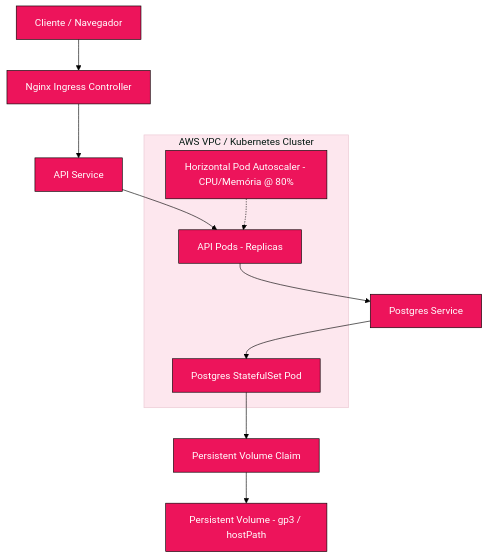
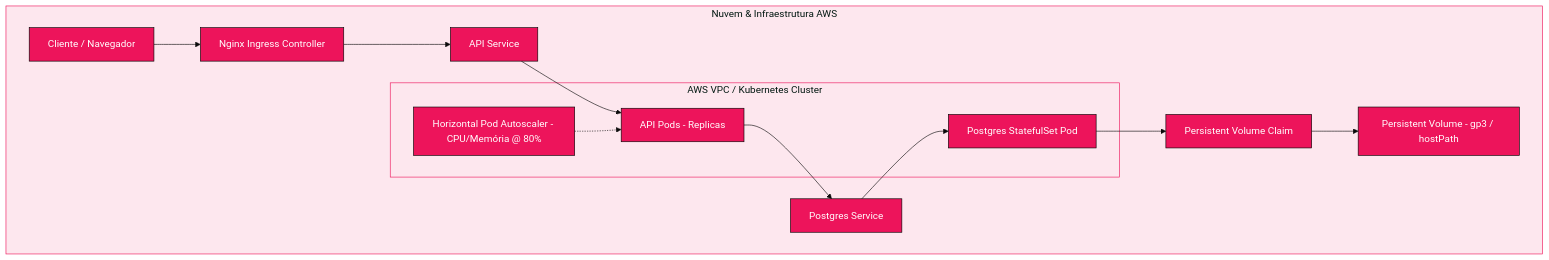
One commit to Grupo78-PosTech-15SOAT/AutoReparos changed the second of 3 diagrams in README.md. Above: the diagram before and after it, drawn with Mermaid. The commit also changed other lines of this file, not shown here.

Commit message:
📝 Corrigidos mermaids do README

````diff
--- a/README.md
+++ b/README.md
@@ -170,31 +179,32 @@
 ```mermaid
 %%{init: {
   'theme': 'base',
   'themeCSS': 'svg { background-color: #ffffff !important; } .subgraph rect { fill: #FDE7EE !important; }',
   'themeVariables': {
-    'background': '#ffffff',
     'primaryColor': '#ED145B',
     'primaryTextColor': '#ffffff',
     'primaryBorderColor': '#000000',
-    'lineColor': '#000000',
-    'secondaryColor': '#1A1A1A',
     'tertiaryColor': '#FDE7EE',
-    'edgeLabelBackground': '#ffffff'
+    'tertiaryBorderColor': '#ED145B',
+    'edgeLabelBackground': '#000000'
   }
 }}%%
-graph TB
+graph TD
+  subgraph Infra["Nuvem & Infraestrutura AWS"]
+    direction LR
     Client[Cliente / Navegador] --> Ingress[Nginx Ingress Controller]
     Ingress --> APIService[API Service]
     APIService --> APIPods[API Pods - Replicas]
     APIPods --> PostgresService[Postgres Service]
     PostgresService --> PostgresPod[Postgres StatefulSet Pod]
     PostgresPod --> PVC[Persistent Volume Claim]
     PVC --> PV[Persistent Volume - gp3 / hostPath]
     
     subgraph AWS VPC / Kubernetes Cluster
         APIPods
         PostgresPod
         HPA[Horizontal Pod Autoscaler - CPU/Memória @ 80%]
         HPA -.-> APIPods
     end
+  end
 ```
````
